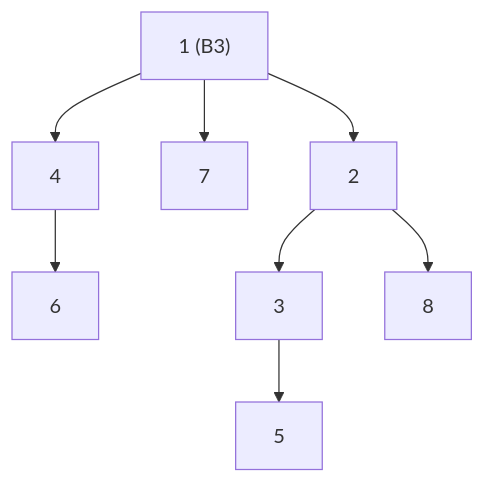
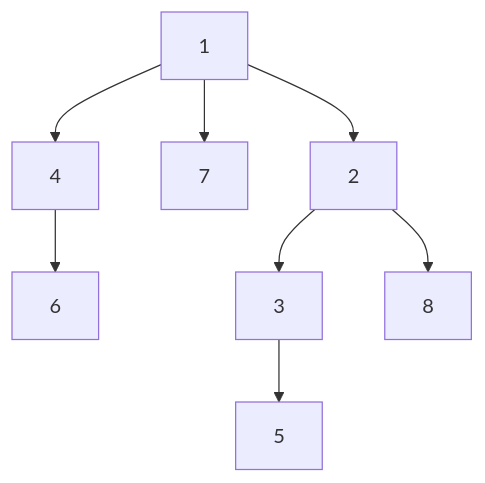
Before and after one commit to DeepLumiere/DeepSkills: diagram 30 of 59 in notes/design_and_analysis_of_algorithms/Unit_04_Advanced_Data_Structures.md, drawn with Mermaid. The commit also changed other lines of this file, not shown here.

````diff
--- a/notes/design_and_analysis_of_algorithms/Unit_04_Advanced_Data_Structures.md
+++ b/notes/design_and_analysis_of_algorithms/Unit_04_Advanced_Data_Structures.md
@@ -815,10 +976,10 @@
 ```mermaid
 flowchart TD
-    after8["1 (B3)"] --> a8c0["4"]
-    after8 --> a8c1["7"]
-    after8 --> a8c2["2"]
-    a8c0 --> a8gc0["6"]
-    a8c2 --> a8gc1["3"]
-    a8c2 --> a8gc2["8"]
-    a8gc1 --> a8ggc["5"]
+    s8_1["1"] --> s8_4["4"]
+    s8_1 --> s8_7["7"]
+    s8_1 --> s8_2["2"]
+    s8_4 --> s8_6["6"]
+    s8_2 --> s8_3["3"]
+    s8_2 --> s8_8["8"]
+    s8_3 --> s8_5["5"]
 ```
````
